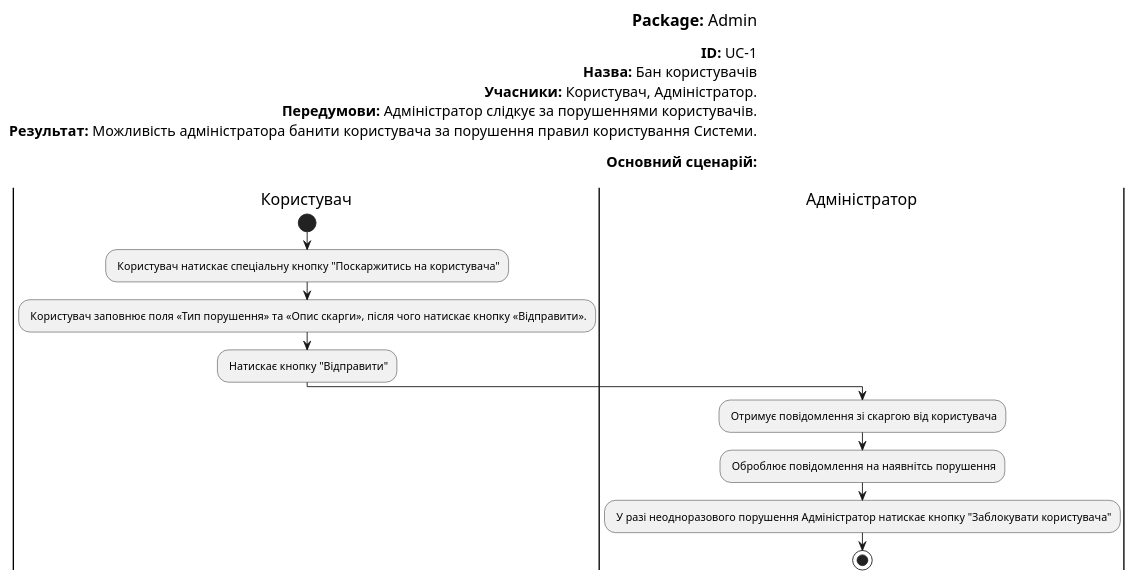
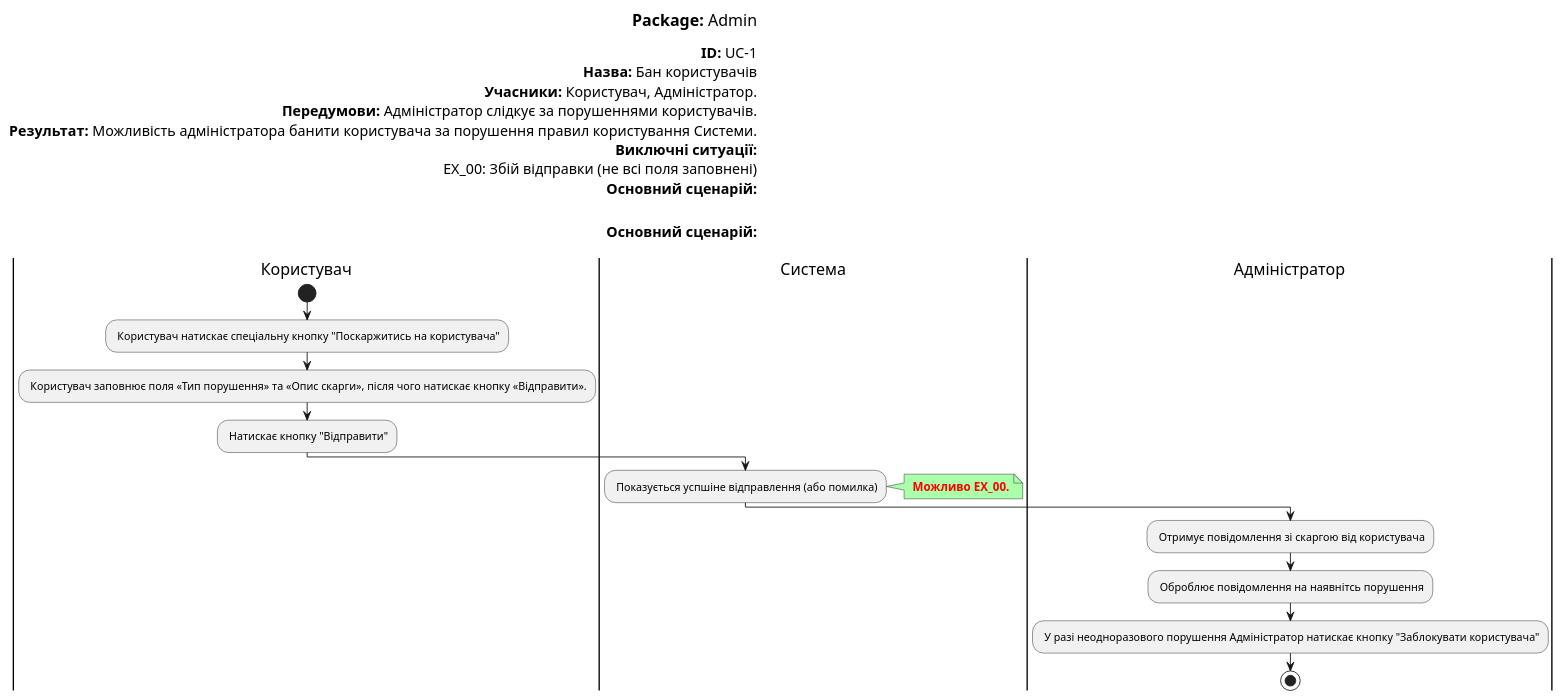
Before and after one commit to yehorbk/kpi-programming: the diagram in UML/admin/Diagrams/UC1.pu, drawn with PlantUML.

Commit message:
Bugs fixed
Added exeption

```diff
--- a/UML/admin/Diagrams/UC1.pu
+++ b/UML/admin/Diagrams/UC1.pu
@@ -1,31 +1,42 @@
 @startuml
 left header
 <font color=000 size=18><b>Package:</b> Admin
 
 <font color=000 size=16><b>ID:</b> UC-1
 <font color=000 size=16><b>Назва:</b> Бан користувачів
 <font color=000 size=16><b>Учасники:</b> Користувач, Адміністратор.
 <font color=000 size=16><b>Передумови:</b> Адміністратор слідкує за порушеннями користувачів.
 <font color=000 size=16><b>Результат:</b> Можливість адміністратора банити користувача за порушення правил користування Системи.
+<font color=000 size=16><b>Виключні ситуації:</b>
+<font color=000 size=16> EX_00: Збій відправки (не всі поля заповнені)
+<font color=000 size=16><b>Основний сценарій:</b>
+
 
 <font color=000 size=16><b>Основний сценарій:</b>
 
 end header
 
 |Користувач|
 start
 : Користувач натискає спеціальну кнопку "Поскаржитись на користувача";
 
 : Користувач заповнює поля «Тип порушення» та «Опис скарги», після чого натискає кнопку «Відправити».;
 
 : Натискає кнопку "Відправити";
 
+|Система|
+: Показується успшіне відправлення (або помилка);
+
+note right #aaffaa
+<font color=red><b> Можливо EX_00.
+end note
+
 |Адміністратор|
 : Отримує повідомлення зі скаргою від користувача;
 
 : Оброблює повідомлення на наявнітсь порушення;
 
 : У разі неодноразового порушення Адміністратор натискає кнопку "Заблокувати користувача";
 
 stop;
 @enduml
```
